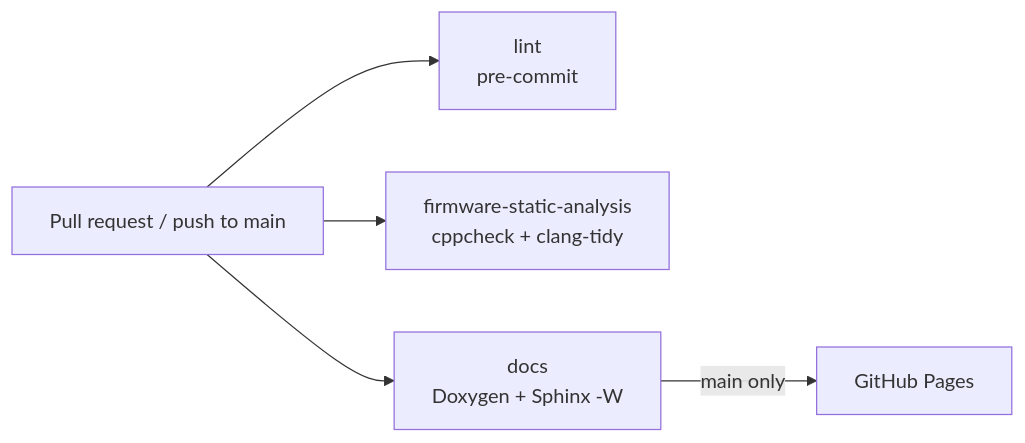
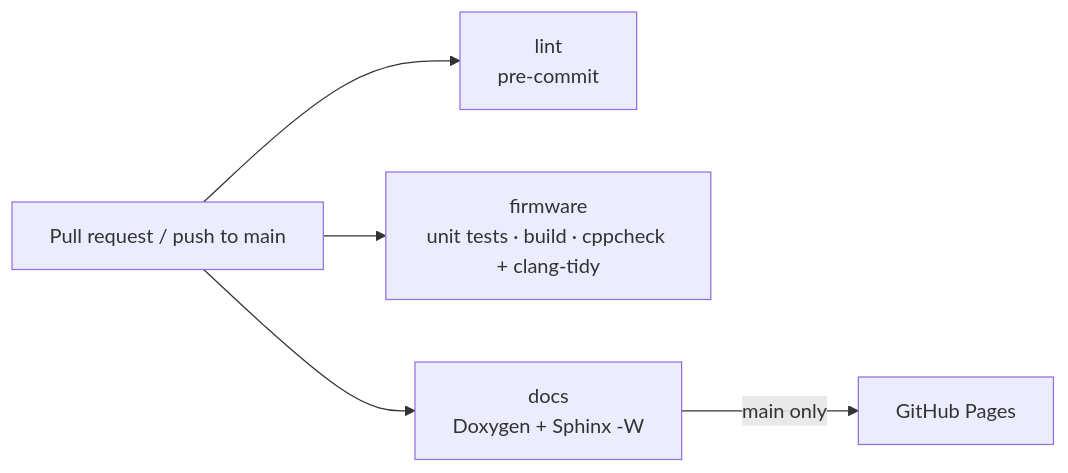
One commit to dagebg/ros2-self-balancing-robot changed the diagram in docs/source/development/ci-cd.md. Above: the diagram before and after it, drawn with Mermaid. The commit also changed other lines of this file and 15 other files, not shown here.

````diff
--- a/docs/source/development/ci-cd.md
+++ b/docs/source/development/ci-cd.md
@@ -6,7 +6,7 @@
 ```mermaid
 flowchart LR
   PR["Pull request / push to main"] --> LINT["lint<br/>pre-commit"]
-  PR --> SA["firmware-static-analysis<br/>cppcheck + clang-tidy"]
+  PR --> FW["firmware<br/>unit tests · build · cppcheck + clang-tidy"]
   PR --> DOCS["docs<br/>Doxygen + Sphinx -W"]
   DOCS -- "main only" --> PAGES["GitHub Pages"]
 ```
````
